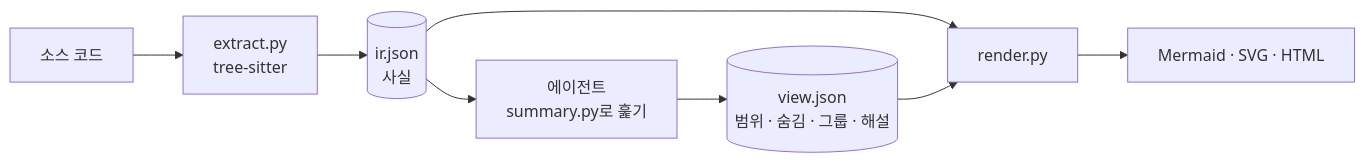
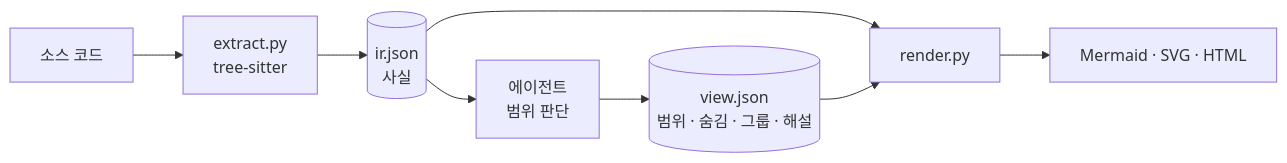
One commit to devgyurak/draftsman changed the diagram in README-KO.md. Above: the diagram before and after it, drawn with Mermaid. The commit also changed other lines of this file and 10 other files, not shown here.

First line of the commit message:
One command draws a diagram; the skill loads in one call (#1)

````diff
--- a/README-KO.md
+++ b/README-KO.md
@@ -42,10 +42,10 @@
 ```mermaid
 flowchart LR
     S[소스 코드] --> E["extract.py<br/>tree-sitter"]
     E --> IR[("ir.json<br/>사실")]
-    IR --> A["에이전트<br/>summary.py로 훑기"]
+    IR --> A["에이전트<br/>범위 판단"]
     A --> V[("view.json<br/>범위 · 숨김 · 그룹 · 해설")]
     IR --> R[render.py]
     V --> R
     R --> O["Mermaid · SVG · HTML"]
 ```
````
